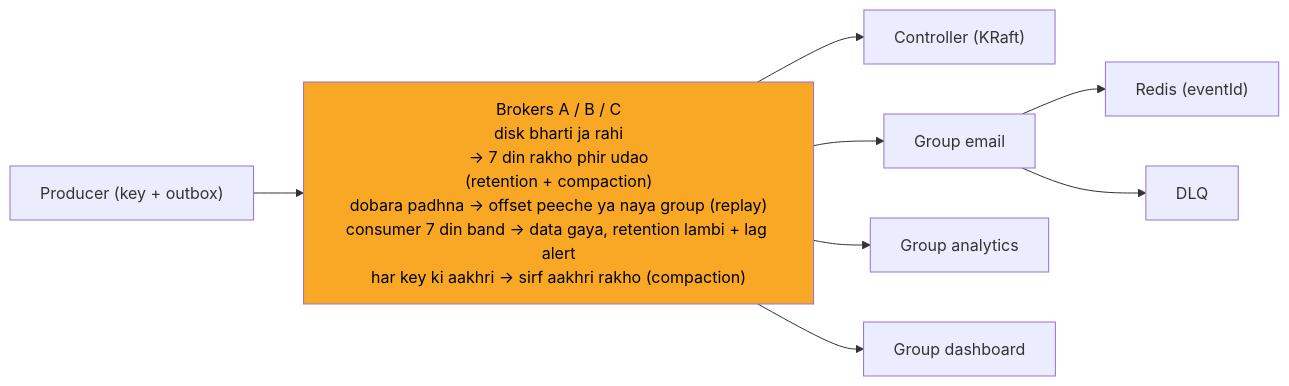
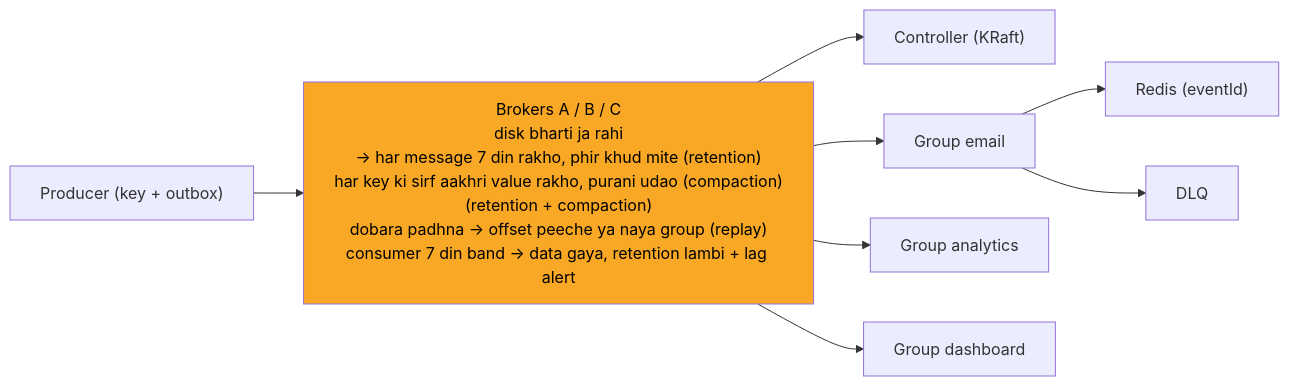
One commit to ArpanMaheshwari144/Prep changed diagram 11 of 12 in 04_HLD/SYSTEM_DESIGNS/12_message_queue_kafka/12_message_queue_kafka.md. Above: the diagram before and after it, drawn with Mermaid. The commit also changed other lines of this file and 13 other files, not shown here.

````diff
--- a/04_HLD/SYSTEM_DESIGNS/12_message_queue_kafka/12_message_queue_kafka.md
+++ b/04_HLD/SYSTEM_DESIGNS/12_message_queue_kafka/12_message_queue_kafka.md
@@ -399,20 +398,20 @@
 ```mermaid
 %%{init: {"flowchart": {"wrappingWidth": 450}}}%%
 flowchart LR
     n_P["Producer (key + outbox)"]
-    n_B["Brokers A / B / C<br/>disk bharti ja rahi<br/>-> 7 din rakho phir udao<br/>(retention + compaction)<br/>dobara padhna -> offset peeche ya naya group (replay)<br/>consumer 7 din band -> data gaya, retention lambi + lag alert<br/>har key ki aakhri -> sirf aakhri rakho (compaction)"]
+    n_B["Brokers A / B / C<br/>disk bharti ja rahi<br/>-> har message 7 din rakho, phir khud mite (retention)<br/>har key ki sirf aakhri value rakho, purani udao (compaction)<br/>(retention + compaction)<br/>dobara padhna -> offset peeche ya naya group (replay)<br/>consumer 7 din band -> data gaya, retention lambi + lag alert"]
     n_K["Controller (KRaft)"]
     n_GE["Group email"]
     n_R["Redis (eventId)"]
     n_DLQ["DLQ"]
     n_GA["Group analytics"]
     n_GD["Group dashboard"]
     n_P --> n_B
     n_B --> n_K
     n_B --> n_GE
     n_B --> n_GA
     n_B --> n_GD
     n_GE --> n_R
     n_GE --> n_DLQ
     style n_B fill:#f9a825,color:#000
 ```
````
